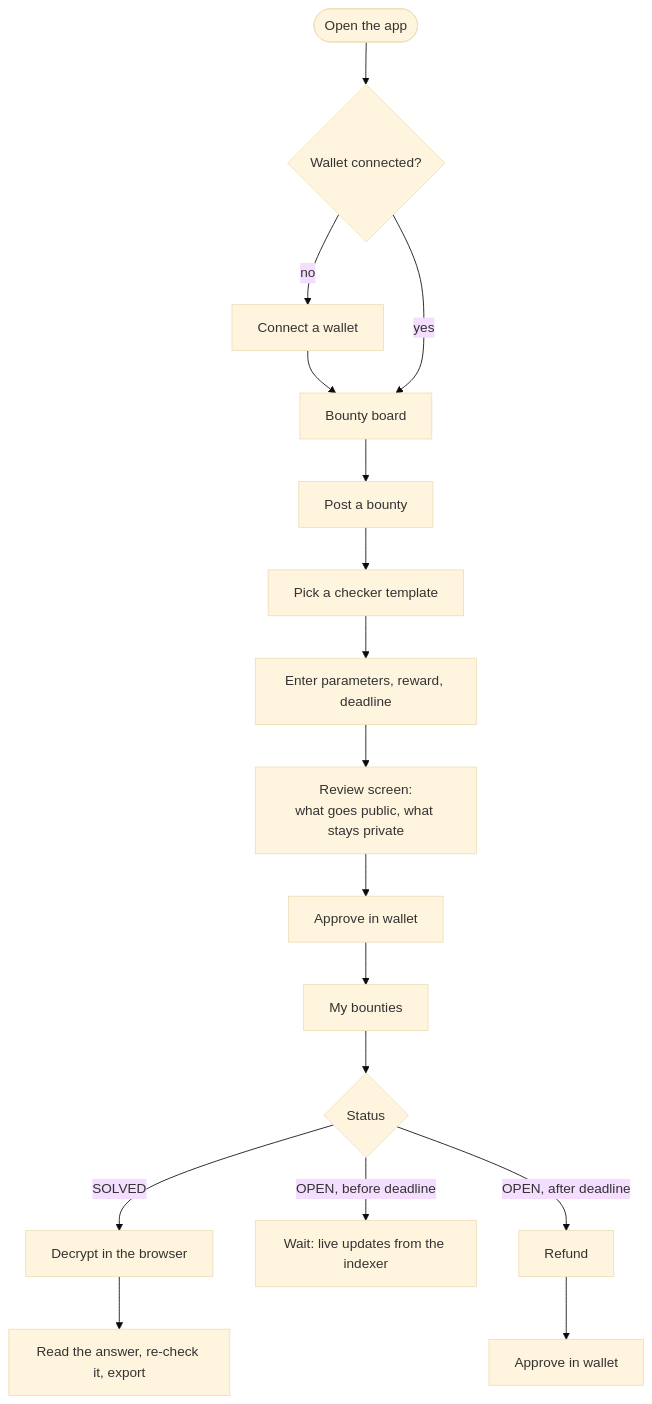
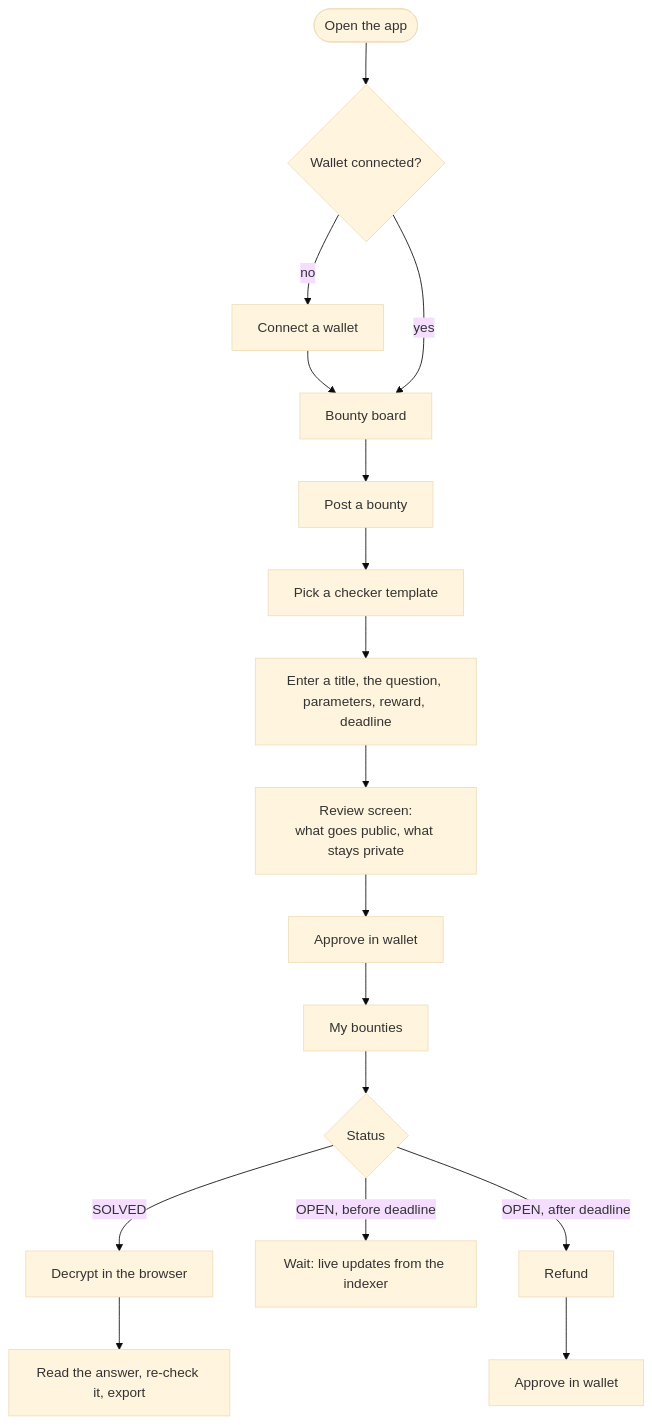
Before and after one commit to Kanasjnr/Midnight-private-bounties: the first of 11 diagrams in ARCHITECTURE.md, drawn with Mermaid (base theme). The commit also changed other lines of this file and 9 other files, not shown here.

````diff
--- a/ARCHITECTURE.md
+++ b/ARCHITECTURE.md
@@ -290,16 +298,16 @@
 ```mermaid
 flowchart TD
   A(["Open the app"]) --> B{"Wallet connected?"}
   B -->|no| B1["Connect a wallet"] --> C
   B -->|yes| C["Bounty board"]
   C --> D["Post a bounty"]
   D --> D1["Pick a checker template"]
-  D1 --> D2["Enter parameters, reward, deadline"]
+  D1 --> D2["Enter a title, the question, parameters, reward, deadline"]
   D2 --> D3["Review screen:<br/>what goes public, what stays private"]
   D3 --> D4["Approve in wallet"]
   D4 --> E["My bounties"]
   E --> F{"Status"}
   F -->|"SOLVED"| G["Decrypt in the browser"] --> H["Read the answer, re-check it, export"]
   F -->|"OPEN, before deadline"| I["Wait: live updates from the indexer"]
   F -->|"OPEN, after deadline"| J["Refund"] --> J1["Approve in wallet"]
 ```
````
